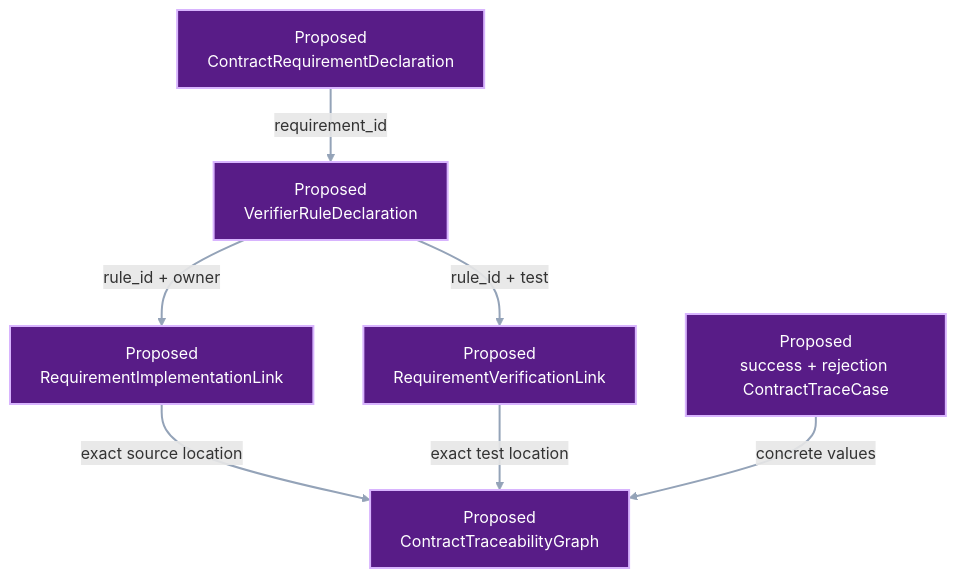
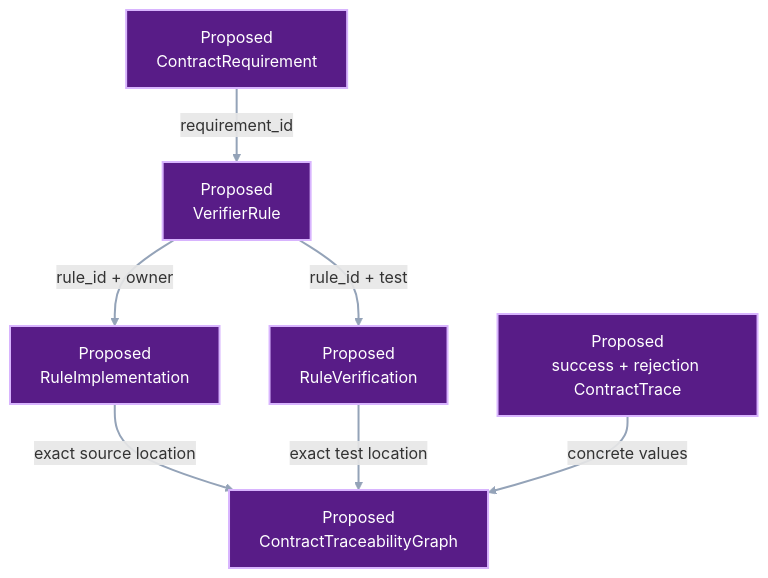
The second of 3 diagrams in docs/development/contract-requirement-traceability.md (pvd232/viper), drawn with Mermaid before and after one commit. The commit also changed other lines of this file and 2 other files, not shown here.

Commit message:
Refine contract traceability model names

````diff
--- a/docs/development/contract-requirement-traceability.md
+++ b/docs/development/contract-requirement-traceability.md
@@ -138,20 +138,20 @@
 ```mermaid
 flowchart TD
-    Requirement["Proposed<br/>ContractRequirementDeclaration"]
-    Rule["Proposed<br/>VerifierRuleDeclaration"]
-    Owner["Proposed<br/>RequirementImplementationLink"]
-    Test["Proposed<br/>RequirementVerificationLink"]
-    Cases["Proposed<br/>success + rejection ContractTraceCase"]
+    Requirement["Proposed<br/>ContractRequirement"]
+    Rule["Proposed<br/>VerifierRule"]
+    Owner["Proposed<br/>RuleImplementation"]
+    Test["Proposed<br/>RuleVerification"]
+    Cases["Proposed<br/>success + rejection ContractTrace"]
     Graph["Proposed<br/>ContractTraceabilityGraph"]
 
     Requirement -->|"requirement_id"| Rule
     Rule -->|"rule_id + owner"| Owner
     Rule -->|"rule_id + test"| Test
     Owner -->|"exact source location"| Graph
     Test -->|"exact test location"| Graph
     Cases -->|"concrete values"| Graph
 
     class Requirement,Rule,Owner,Test,Cases,Graph proposed
     classDef proposed fill:#581c87,stroke:#d8b4fe,color:#ffffff,stroke-width:2px
     linkStyle default stroke:#94a3b8,stroke-width:2px
 ```
````
